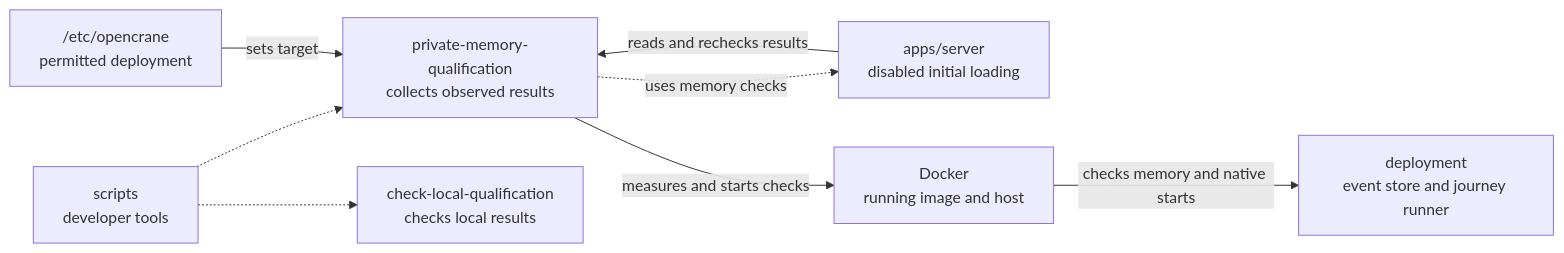
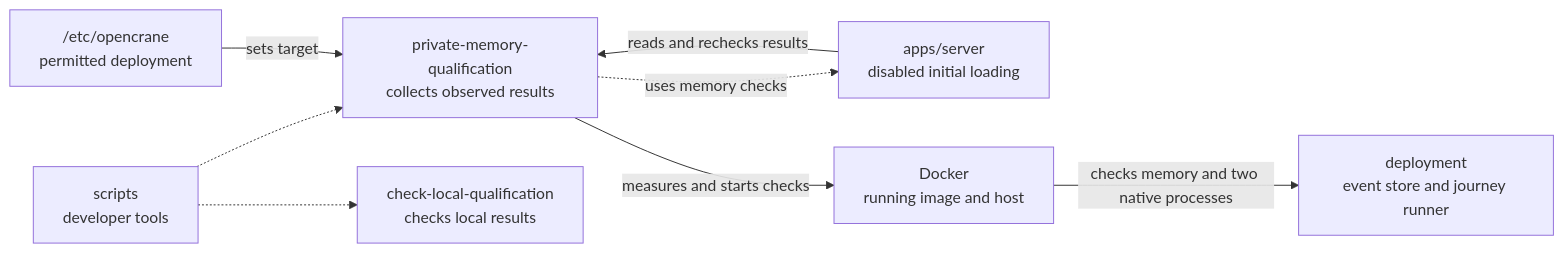
One commit to elewa-git/opencrane-new changed the diagram in scripts/private-memory-qualification/README.md. Above: the diagram before and after it, drawn with Mermaid. The commit also changed other lines of this file and 5 other files, not shown here.

Commit message:
🧪 Observe simultaneous native processes and verify separate cleanup

````diff
--- a/scripts/private-memory-qualification/README.md
+++ b/scripts/private-memory-qualification/README.md
@@ -17,10 +18,10 @@
 ```mermaid
 flowchart LR
   scripts["scripts<br/>developer tools"] -.-> collector["private-memory-qualification<br/>collects observed results"]
   scripts -.-> sibling["check-local-qualification<br/>checks local results"]
   server["apps/server<br/>disabled initial loading"] -->|reads and rechecks results| collector
   collector -.->|uses memory checks| server
   config["/etc/opencrane<br/>permitted deployment"] -->|sets target| collector
   collector -->|measures and starts checks| docker["Docker<br/>running image and host"]
-  docker -->|checks memory and native starts| deployment["deployment<br/>event store and journey runner"]
+  docker -->|checks memory and two native processes| deployment["deployment<br/>event store and journey runner"]
 ```
````
